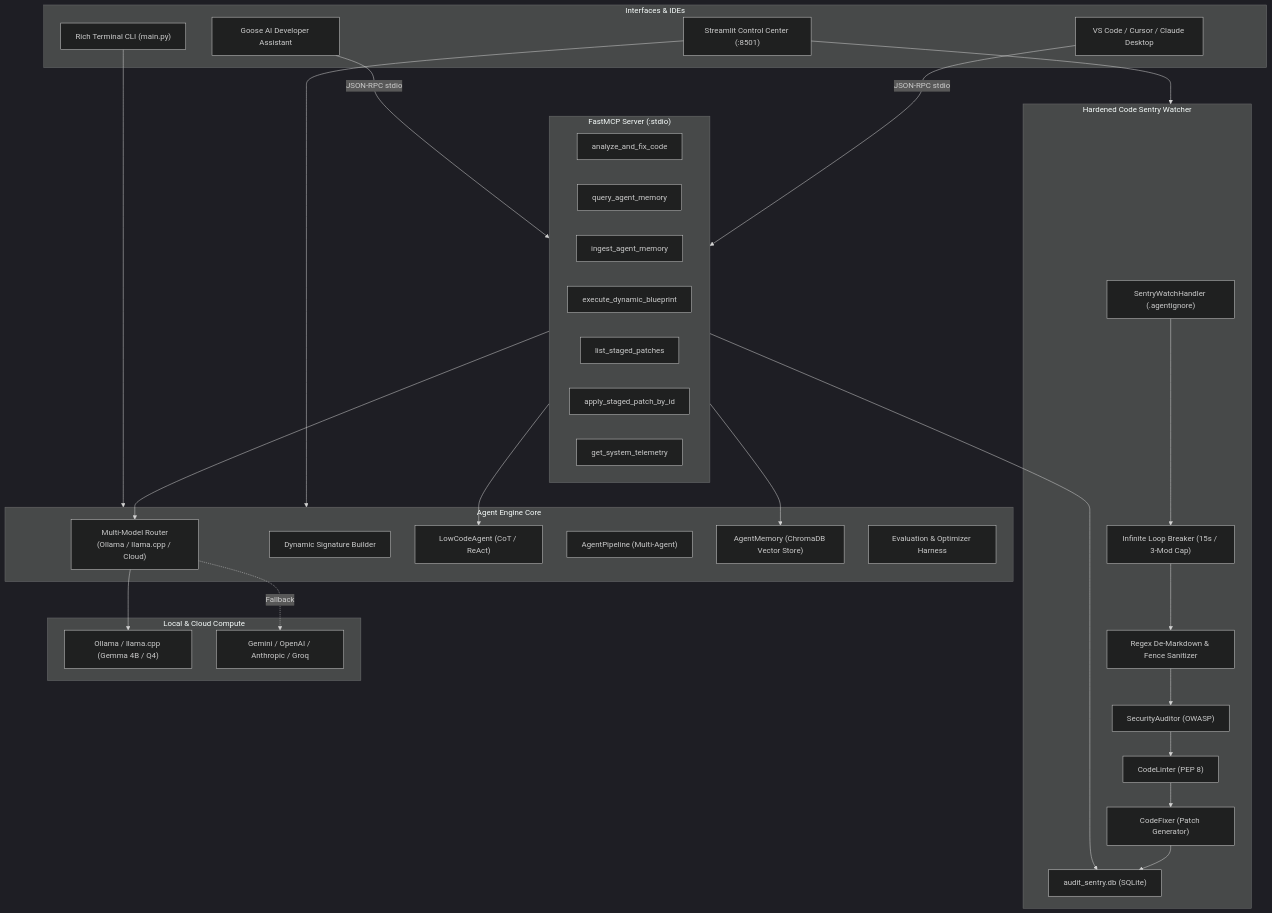
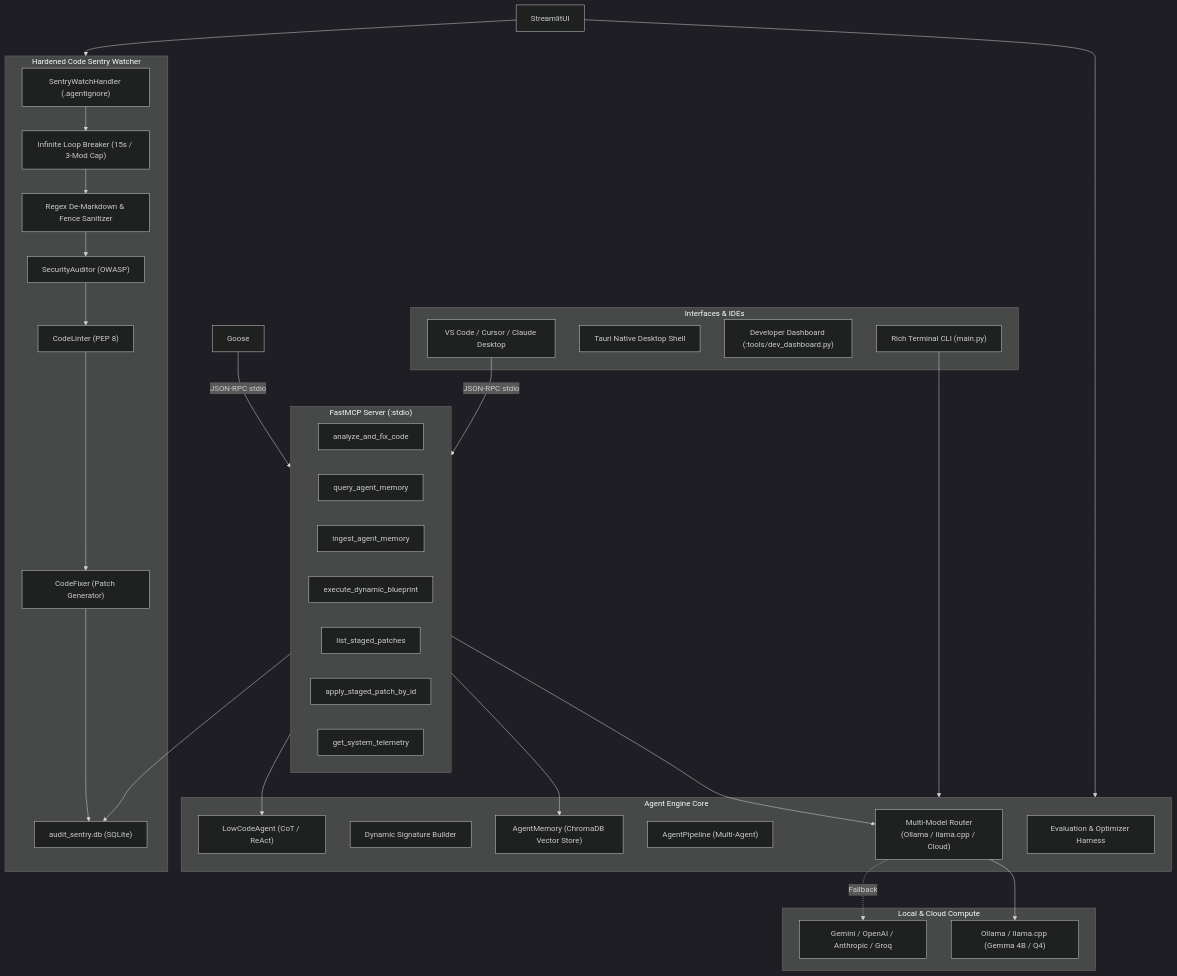
The diagram in doc/architecture_and_phase1_status.md (TechnoVen/agent-engine), drawn with Mermaid (dark theme) before and after one commit. The commit also changed other lines of this file and 12 other files, not shown here.

Commit message:
feat(lifecycle): implement Task 4.9 Streamlit demotion to dev tool and F14 process lifecycle cleanup

````diff
--- a/doc/architecture_and_phase1_status.md
+++ b/doc/architecture_and_phase1_status.md
@@ -12,56 +12,56 @@
 ```mermaid
 flowchart TD
     subgraph Clients ["Interfaces & IDEs"]
         VSCode["VS Code / Cursor / Claude Desktop"]
-        Goose["Goose AI Developer Assistant"]
-        StreamlitUI["Streamlit Control Center (:8501)"]
+        TauriDesktop["Tauri Native Desktop Shell"]
+        DevDashboard["Developer Dashboard (:tools/dev_dashboard.py)"]
         CLI["Rich Terminal CLI (main.py)"]
     end
 
     subgraph FastMCPLayer ["FastMCP Server (:stdio)"]
         Tool1["analyze_and_fix_code"]
         Tool2["query_agent_memory"]
         Tool3["ingest_agent_memory"]
         Tool4["execute_dynamic_blueprint"]
         Tool5["list_staged_patches"]
         Tool6["apply_staged_patch_by_id"]
         Tool7["get_system_telemetry"]
     end
 
     subgraph CoreEngine ["Agent Engine Core"]
         Router["Multi-Model Router\n(Ollama / llama.cpp / Cloud)"]
         DynamicSig["Dynamic Signature Builder"]
         LowCodeMod["LowCodeAgent (CoT / ReAct)"]
         Pipeline["AgentPipeline (Multi-Agent)"]
         RAGMem["AgentMemory (ChromaDB Vector Store)"]
         Harness["Evaluation & Optimizer Harness"]
     end
 
     subgraph SentryHardened ["Hardened Code Sentry Watcher"]
         Watcher["SentryWatchHandler (.agentignore)"]
         LoopBreaker["Infinite Loop Breaker (15s / 3-Mod Cap)"]
         DeMarkdown["Regex De-Markdown & Fence Sanitizer"]
         Auditor["SecurityAuditor (OWASP)"]
         Linter["CodeLinter (PEP 8)"]
         Fixer["CodeFixer (Patch Generator)"]
         StagingDB["audit_sentry.db (SQLite)"]
     end
 
     subgraph ComputeBackend ["Local & Cloud Compute"]
         LocalModel["Ollama / llama.cpp (Gemma 4B / Q4)"]
         CloudFallback["Gemini / OpenAI / Anthropic / Groq"]
     end
 
     VSCode -->|JSON-RPC stdio| FastMCPLayer
     Goose -->|JSON-RPC stdio| FastMCPLayer
     StreamlitUI --> CoreEngine
     StreamlitUI --> SentryHardened
     FastMCPLayer --> Router
     FastMCPLayer --> RAGMem
     FastMCPLayer --> StagingDB
     FastMCPLayer --> LowCodeMod
     Watcher --> LoopBreaker --> DeMarkdown --> Auditor --> Linter --> Fixer --> StagingDB
     CLI --> CoreEngine
     Router --> LocalModel
     Router -.->|Fallback| CloudFallback
 ```
````
